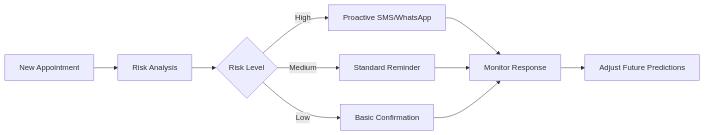
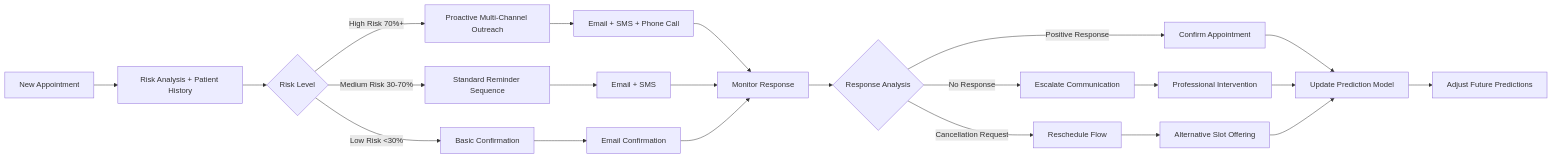
One commit to GrupoUS/neonpro changed the sixth of 16 diagrams in docs/architecture/aesthetic-platform-flows.md. Above: the diagram before and after it, drawn with Mermaid. The commit also changed other lines of this file and 49 other files, not shown here.

````diff
--- a/docs/architecture/aesthetic-platform-flows.md
+++ b/docs/architecture/aesthetic-platform-flows.md
@@ -73,12 +433,29 @@
 ```mermaid
 flowchart LR
-    A[New Appointment] --> B[Risk Analysis]
+    A[New Appointment] --> B[Risk Analysis + Patient History]
     B --> C{Risk Level}
-    C -->|High| D[Proactive SMS/WhatsApp]
-    C -->|Medium| E[Standard Reminder]
-    C -->|Low| F[Basic Confirmation]
-    D --> G[Monitor Response]
-    E --> G
-    F --> G
-    G --> H[Adjust Future Predictions]
+    C -->|High Risk 70%+| D[Proactive Multi-Channel Outreach]
+    C -->|Medium Risk 30-70%| E[Standard Reminder Sequence]
+    C -->|Low Risk <30%| F[Basic Confirmation]
+
+    D --> G[Email + SMS + Phone Call]
+    E --> H[Email + SMS]
+    F --> I[Email Confirmation]
+
+    G --> J[Monitor Response]
+    H --> J
+    I --> J
+
+    J --> K{Response Analysis}
+    K -->|No Response| L[Escalate Communication]
+    K -->|Positive Response| M[Confirm Appointment]
+    K -->|Cancellation Request| N[Reschedule Flow]
+
+    L --> O[Professional Intervention]
+    M --> P[Update Prediction Model]
+    N --> Q[Alternative Slot Offering]
+
+    O --> P
+    Q --> P
+    P --> R[Adjust Future Predictions]
 ```
````
